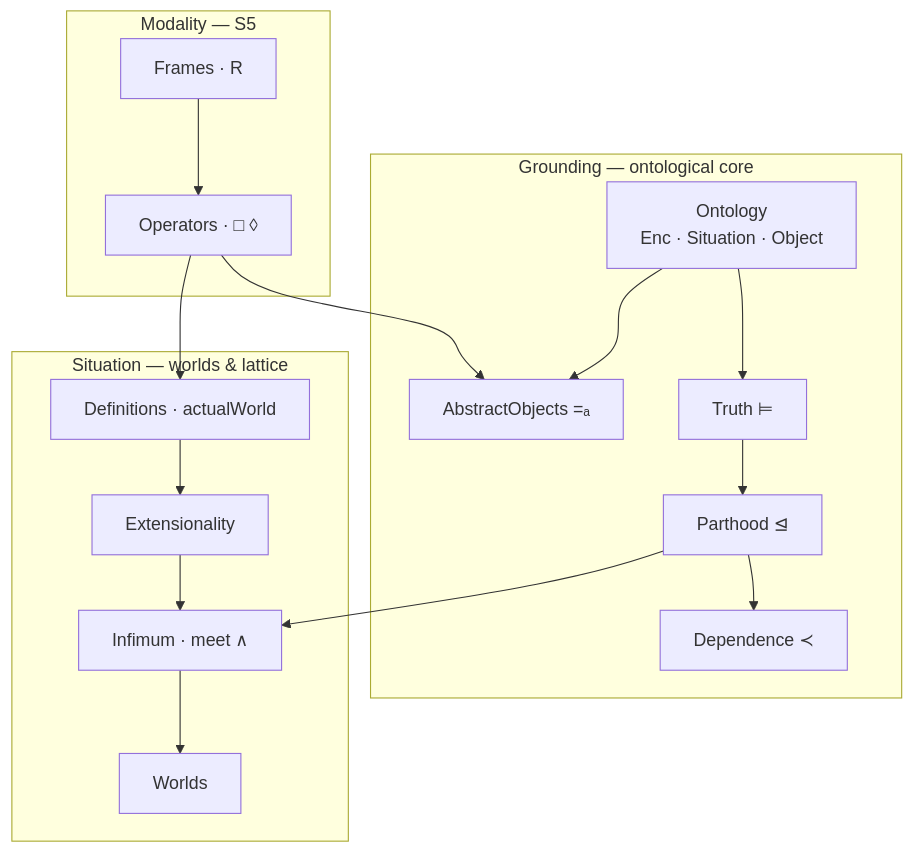
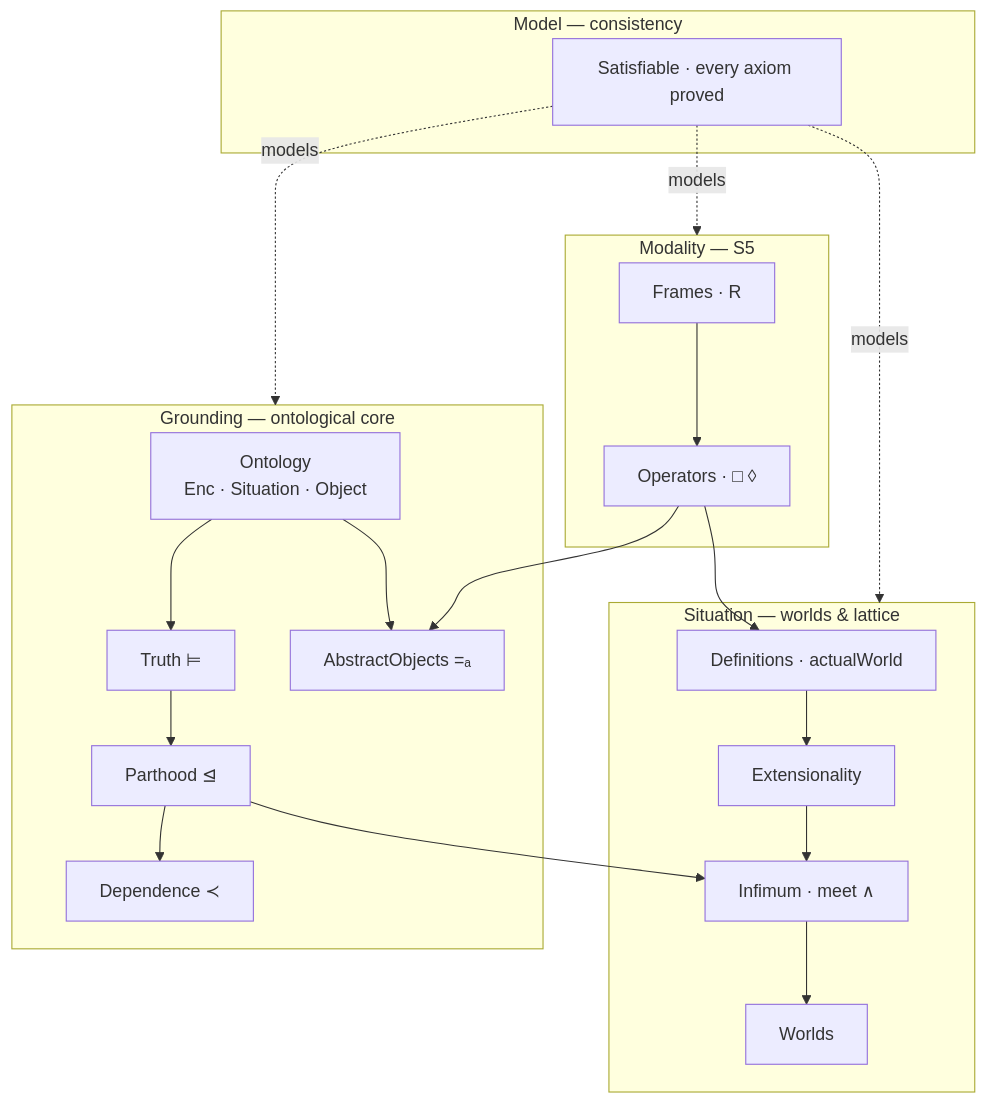
Before and after one commit to HanielUlises/Possible-World-Semantics: the first of 2 diagrams in README.md, drawn with Mermaid. The commit also changed other lines of this file, not shown here.

First line of the commit message:
Document the repaired axioms and the model

````diff
--- a/README.md
+++ b/README.md
@@ -17,26 +17,32 @@
 ```mermaid
 flowchart TD
     subgraph G["Grounding — ontological core"]
         Ont["Ontology<br/>Enc · Situation · Object"]
         Tru["Truth ⊨"]
         Par["Parthood ⊴"]
         Dep["Dependence ≺"]
         Abs["AbstractObjects =ₐ"]
     end
     subgraph M["Modality — S5"]
         Fr["Frames · R"]
         Op["Operators · □ ◊"]
     end
     subgraph S["Situation — worlds & lattice"]
         Def["Definitions · actualWorld"]
         Ext["Extensionality"]
         Inf["Infimum · meet ∧"]
         Wld["Worlds"]
     end
     Ont --> Tru --> Par --> Dep
     Ont --> Abs
     Par --> Inf
     Fr --> Op
     Op --> Abs
     Op --> Def --> Ext --> Inf --> Wld
+    subgraph X["Model — consistency"]
+        Sat["Satisfiable · every axiom proved"]
+    end
+    Sat -. "models" .-> G
+    Sat -. "models" .-> M
+    Sat -. "models" .-> S
 ```
````
